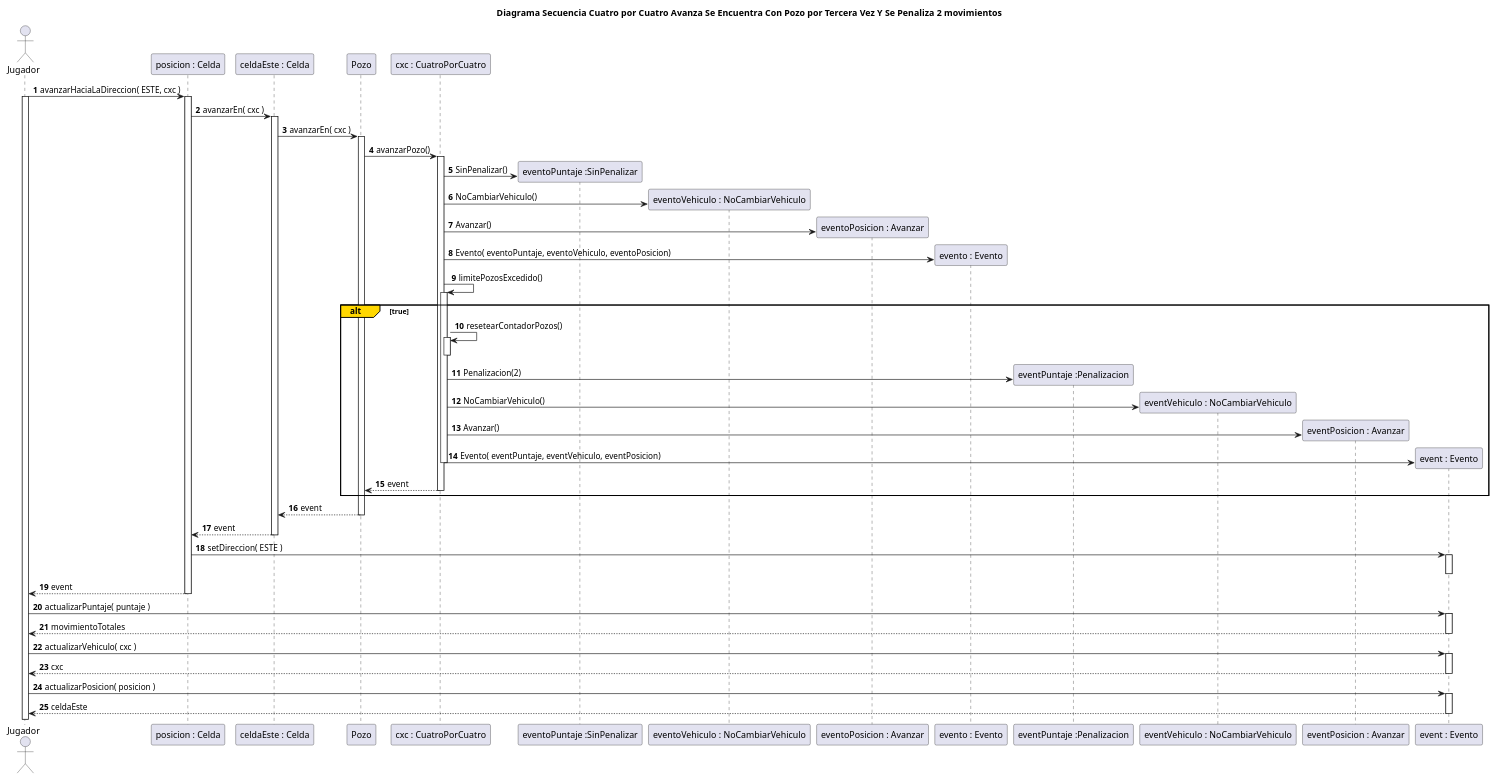
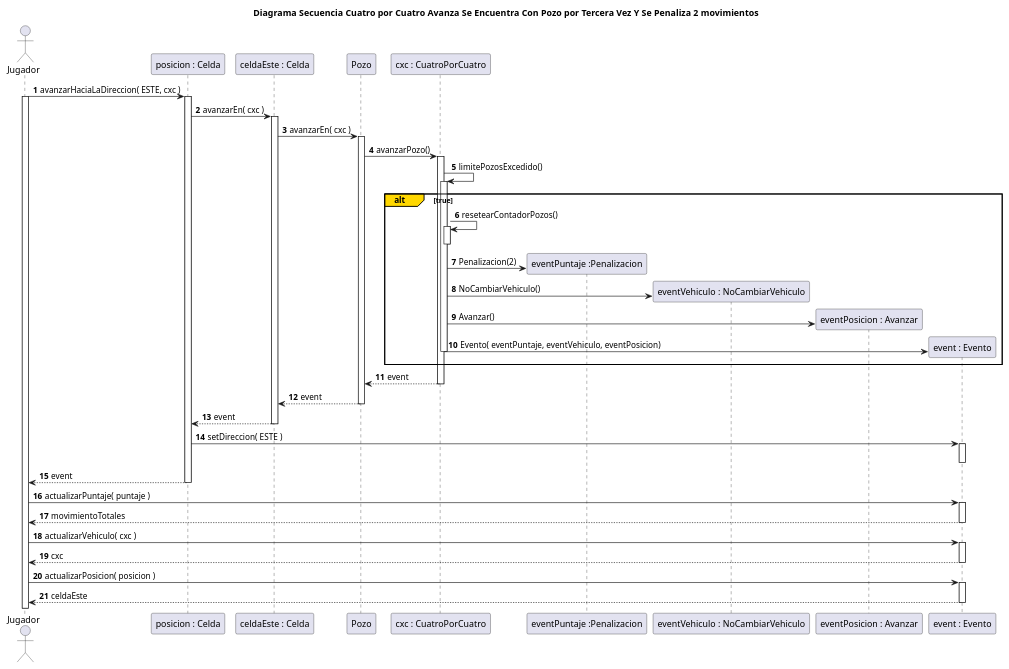
The diagram in diagrams/sequences/entrega1/actualizados/DiagramaSecuenciaCasoConPozo3VecesEnCuatroPorCuatro.puml (rodrigovzq/algo3_tp2), drawn with PlantUML before and after one commit. The commit also changed 1 other file, not shown here.

```diff
--- a/diagrams/sequences/entrega1/actualizados/DiagramaSecuenciaCasoConPozo3VecesEnCuatroPorCuatro.puml
+++ b/diagrams/sequences/entrega1/actualizados/DiagramaSecuenciaCasoConPozo3VecesEnCuatroPorCuatro.puml
@@ -1,76 +1,60 @@
 @startuml
 title Diagrama Secuencia Cuatro por Cuatro Avanza Se Encuentra Con Pozo por Tercera Vez Y Se Penaliza 2 movimientos
 
 
 autonumber
 
 actor Jugador
 
 Jugador -> "posicion : Celda"++: avanzarHaciaLaDireccion( ESTE, cxc )
 
 activate Jugador
 "posicion : Celda" -> "celdaEste : Celda"++: avanzarEn( cxc )
 
 
 "celdaEste : Celda" -> Pozo++: avanzarEn( cxc )
 Pozo -> "cxc : CuatroPorCuatro"++: avanzarPozo()
-
-create "eventoPuntaje :SinPenalizar"
-"cxc : CuatroPorCuatro"-> "eventoPuntaje :SinPenalizar": SinPenalizar()
-
-create "eventoVehiculo : NoCambiarVehiculo"
-"cxc : CuatroPorCuatro"-> "eventoVehiculo : NoCambiarVehiculo": NoCambiarVehiculo()
-
-create "eventoPosicion : Avanzar"
-"cxc : CuatroPorCuatro"-> "eventoPosicion : Avanzar": Avanzar()
-
-create "evento : Evento"
-"cxc : CuatroPorCuatro"  -> "evento : Evento": Evento( eventoPuntaje, eventoVehiculo, eventoPosicion)
-
 
 "cxc : CuatroPorCuatro" -> "cxc : CuatroPorCuatro"++: limitePozosExcedido()
 
 alt#Gold   true
     "cxc : CuatroPorCuatro" ->"cxc : CuatroPorCuatro"++: resetearContadorPozos()
     deactivate "cxc : CuatroPorCuatro"
     create "eventPuntaje :Penalizacion"
     "cxc : CuatroPorCuatro"-> "eventPuntaje :Penalizacion": Penalizacion(2)
 
     create "eventVehiculo : NoCambiarVehiculo"
     "cxc : CuatroPorCuatro"-> "eventVehiculo : NoCambiarVehiculo": NoCambiarVehiculo()
 
     create "eventPosicion : Avanzar"
     "cxc : CuatroPorCuatro"-> "eventPosicion : Avanzar": Avanzar()
 
     create "event : Evento"
     "cxc : CuatroPorCuatro"  -> "event : Evento": Evento( eventPuntaje, eventVehiculo, eventPosicion)
 
     deactivate "cxc : CuatroPorCuatro"
 
-    "cxc : CuatroPorCuatro" --> Pozo: event
-    deactivate "cxc : CuatroPorCuatro"
-
 end
-
+    "cxc : CuatroPorCuatro" --> Pozo--: event
 
 Pozo --> "celdaEste : Celda": event
 deactivate Pozo
 
 
 "celdaEste : Celda" --> "posicion : Celda": event
 deactivate "celdaEste : Celda"
 
 "posicion : Celda" -> "event : Evento"++: setDireccion( ESTE )
 deactivate "event : Evento"
 "posicion : Celda" --> Jugador--: event
 
 
 Jugador -> "event : Evento"++: actualizarPuntaje( puntaje )
 Jugador <-- "event : Evento"--: movimientoTotales
 
 Jugador -> "event : Evento"++: actualizarVehiculo( cxc )
 Jugador <-- "event : Evento"--: cxc
 
 Jugador -> "event : Evento"++: actualizarPosicion( posicion )
 Jugador <-- "event : Evento"--: celdaEste
 @enduml
```
